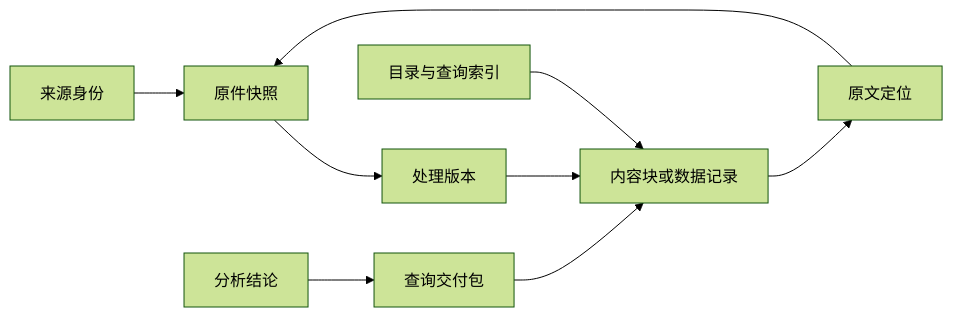
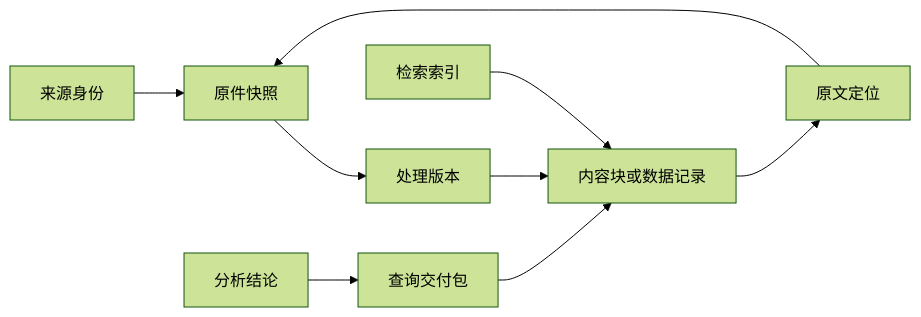
Before and after one commit to Rain1601/uteki.2026-10-23.archive: the second of 3 diagrams in docs/DATA_AGENT_FRAMEWORK_DESIGN.zh-CN.md, drawn with Mermaid (forest theme). The commit also changed other lines of this file and 56 other files, not shown here.

````diff
--- a/docs/DATA_AGENT_FRAMEWORK_DESIGN.zh-CN.md
+++ b/docs/DATA_AGENT_FRAMEWORK_DESIGN.zh-CN.md
@@ -107,11 +406,11 @@
 ```mermaid
 flowchart LR
     S[来源身份] --> R[原件快照]
     R --> P[处理版本]
     P --> B[内容块或数据记录]
-    I[目录与查询索引] --> B
+    I[检索索引] --> B
     B --> L[原文定位]
     L --> R
     E[查询交付包] --> B
     A[分析结论] --> E
 ```
````
